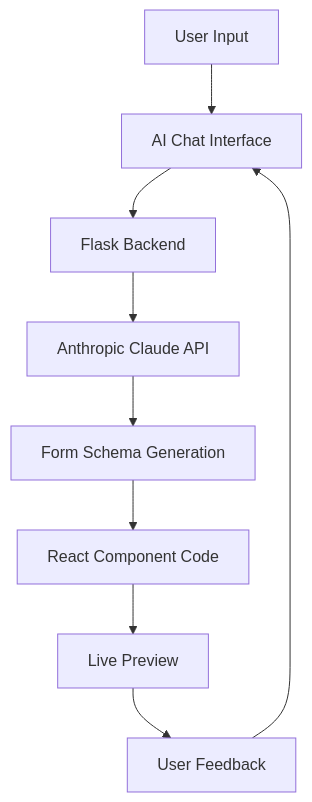
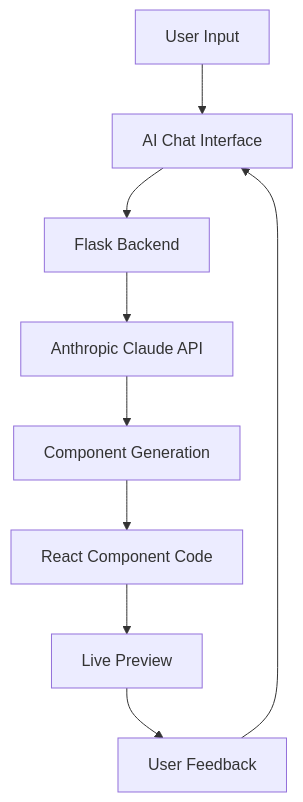
One commit to ArieGoldkin/al-ui-components-creator changed the diagram in README.md. Above: the diagram before and after it, drawn with Mermaid. The commit also changed other lines of this file and 41 other files, not shown here.

````diff
--- a/README.md
+++ b/README.md
@@ -298,11 +299,11 @@
 ```mermaid
 graph TB
     A[User Input] --> B[AI Chat Interface]
     B --> C[Flask Backend]
     C --> D[Anthropic Claude API]
-    D --> E[Form Schema Generation]
+    D --> E[Component Generation]
     E --> F[React Component Code]
     F --> G[Live Preview]
     G --> H[User Feedback]
     H --> B
 ```
````
